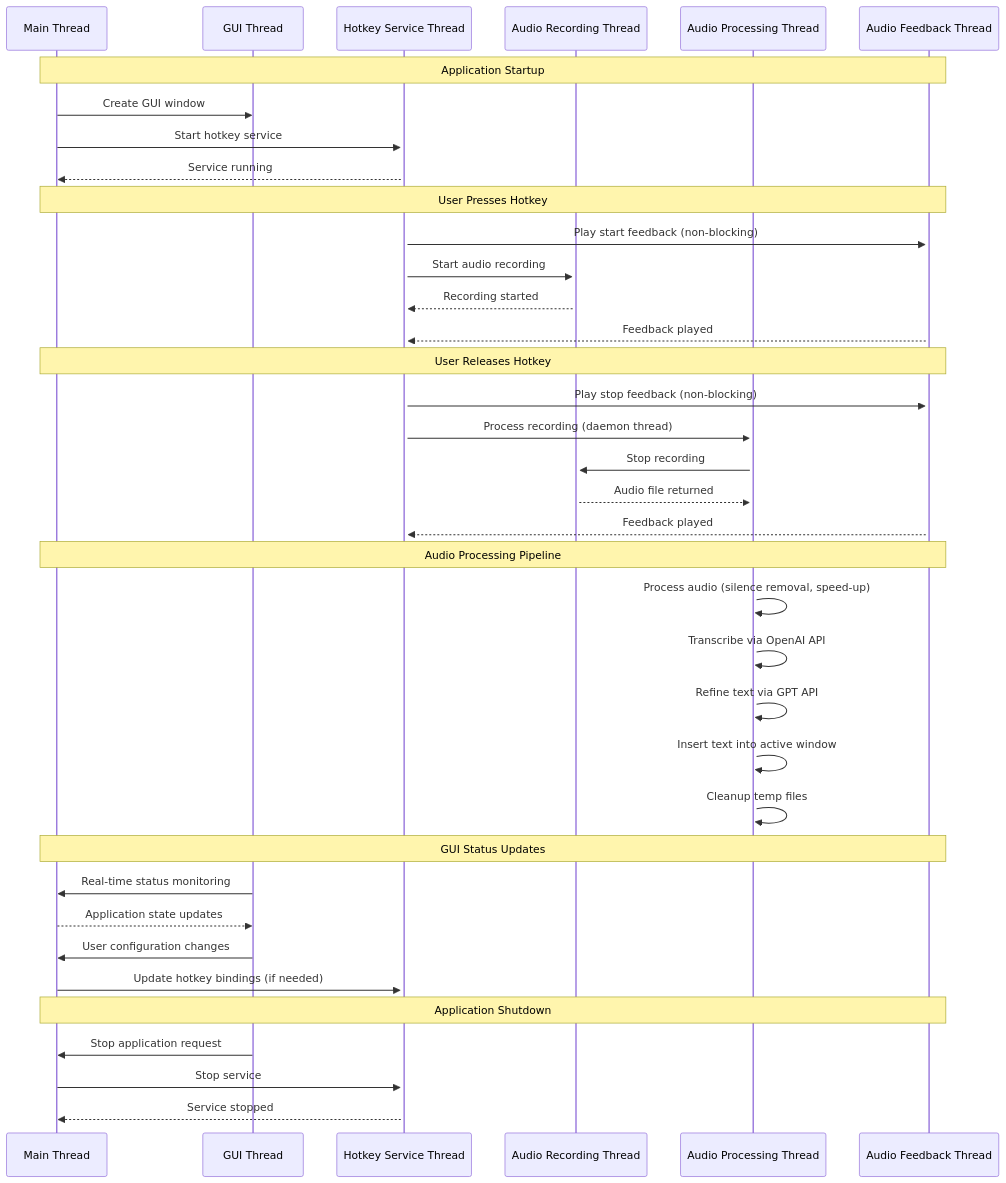
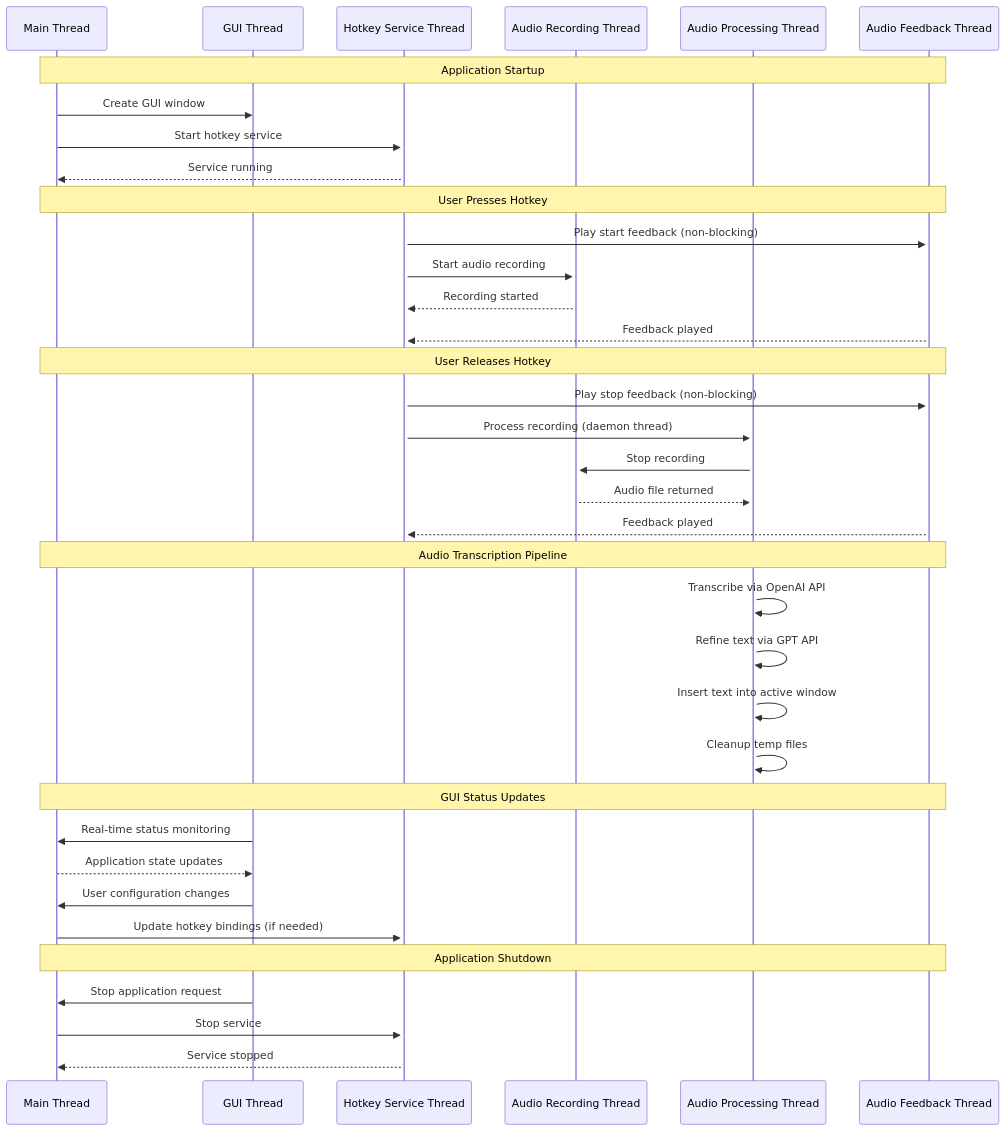
One commit to yixin0829/push-to-talk changed the first of 2 diagrams in README.md. Above: the diagram before and after it, drawn with Mermaid. The commit also changed other lines of this file and 19 other files, not shown here.

First line of the commit message:
feat: simplify architecture and add multi-provider STT support (#32)

````diff
--- a/README.md
+++ b/README.md
@@ -329,45 +306,44 @@
 ```mermaid
 sequenceDiagram
     participant Main as Main Thread
     participant GUI as GUI Thread
     participant HotkeyThread as Hotkey Service Thread
     participant AudioThread as Audio Recording Thread
     participant ProcessThread as Audio Processing Thread
     participant FeedbackThread as Audio Feedback Thread
 
     Note over Main,FeedbackThread: Application Startup
     Main->>GUI: Create GUI window
     Main->>+HotkeyThread: Start hotkey service
     HotkeyThread-->>Main: Service running
 
     Note over Main,FeedbackThread: User Presses Hotkey
     HotkeyThread->>+FeedbackThread: Play start feedback (non-blocking)
     HotkeyThread->>+AudioThread: Start audio recording
     AudioThread-->>HotkeyThread: Recording started
     FeedbackThread-->>HotkeyThread: Feedback played
 
     Note over Main,FeedbackThread: User Releases Hotkey
     HotkeyThread->>+FeedbackThread: Play stop feedback (non-blocking)
     HotkeyThread->>+ProcessThread: Process recording (daemon thread)
     ProcessThread->>AudioThread: Stop recording
     AudioThread-->>ProcessThread: Audio file returned
     FeedbackThread-->>HotkeyThread: Feedback played
 
-    Note over Main,FeedbackThread: Audio Processing Pipeline
-    ProcessThread->>ProcessThread: Process audio (silence removal, speed-up)
+    Note over Main,FeedbackThread: Audio Transcription Pipeline
     ProcessThread->>ProcessThread: Transcribe via OpenAI API
     ProcessThread->>ProcessThread: Refine text via GPT API
     ProcessThread->>ProcessThread: Insert text into active window
     ProcessThread->>ProcessThread: Cleanup temp files
 
     Note over Main,FeedbackThread: GUI Status Updates
     GUI->>Main: Real-time status monitoring
     Main-->>GUI: Application state updates
     GUI->>Main: User configuration changes
     Main->>HotkeyThread: Update hotkey bindings (if needed)
 
     Note over Main,FeedbackThread: Application Shutdown
     GUI->>Main: Stop application request
     Main->>HotkeyThread: Stop service
     HotkeyThread-->>Main: Service stopped
 ```
````
